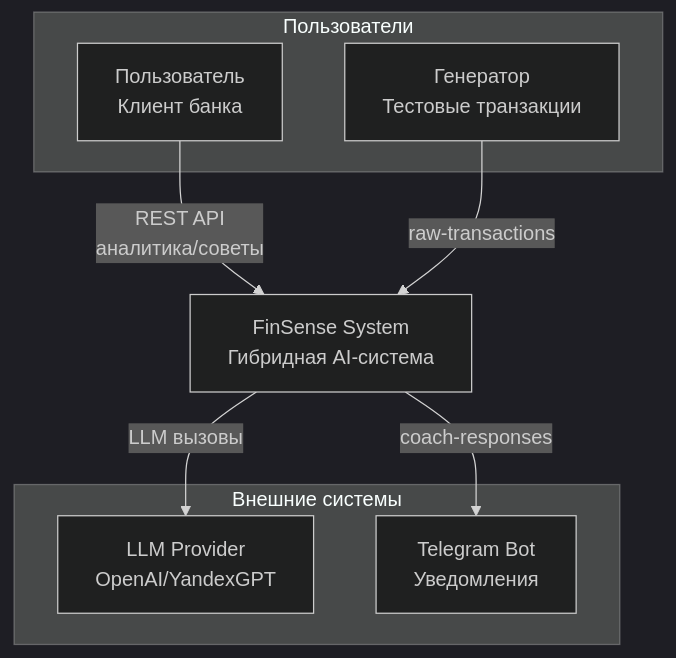
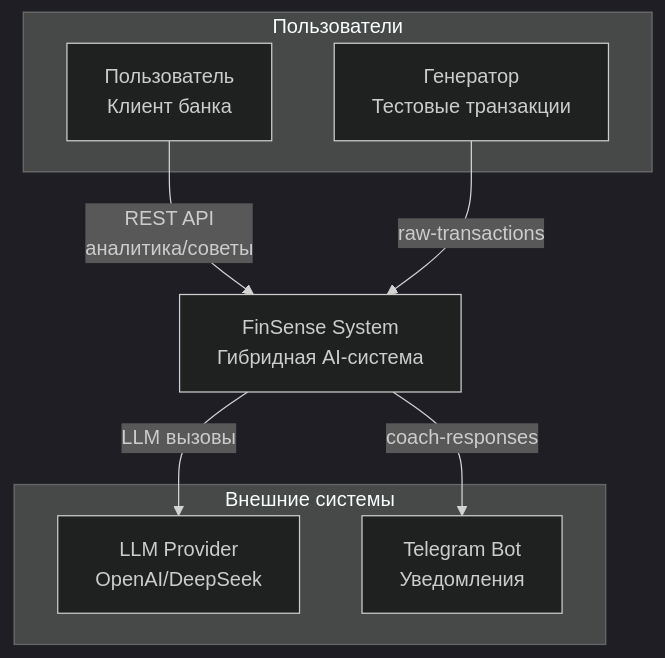
One commit to irunazushan/finSense changed the first of 7 diagrams in docs/architecture_diagrams.md. Above: the diagram before and after it, drawn with Mermaid (dark theme). The commit also changed other lines of this file and 3 other files, not shown here.

````diff
--- a/docs/architecture_diagrams.md
+++ b/docs/architecture_diagrams.md
@@ -4,20 +4,20 @@
 ```mermaid
 graph TB
     subgraph "Внешние системы"
-        LLM[LLM Provider<br>OpenAI/YandexGPT]
+        LLM[LLM Provider<br>OpenAI/DeepSeek]
         TG[Telegram Bot<br>Уведомления]
     end
 
     subgraph "Пользователи"
         User[ Пользователь<br>Клиент банка]
         Gen[ Генератор<br>Тестовые транзакции]
     end
 
     System[ FinSense System<br>Гибридная AI-система]
 
     User -->|REST API<br>аналитика/советы| System
     Gen -->|raw-transactions| System
     System -->|LLM вызовы| LLM
     System -->|coach-responses| TG
 
 ```
````
